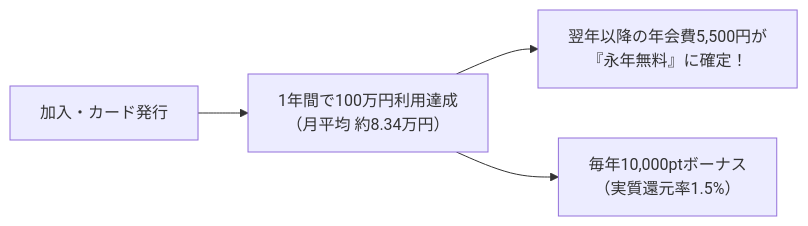
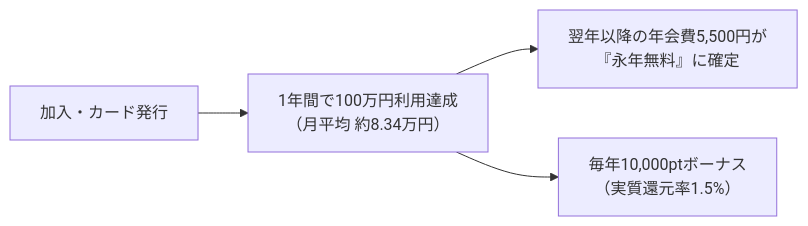
The diagram in content/posts/smbc-gold-100man-shugyo-guide.md (AGETARO/pr-king), drawn with Mermaid before and after one commit. The commit also changed other lines of this file and 23 other files, not shown here.

````diff
--- a/content/posts/smbc-gold-100man-shugyo-guide.md
+++ b/content/posts/smbc-gold-100man-shugyo-guide.md
@@ -43,6 +41,6 @@
 ```mermaid
 flowchart LR
     A["加入・カード発行"] --> B["1年間で100万円利用達成<br/>（月平均 約8.34万円）"]
-    B --> C["翌年以降の年会費5,500円が<br/>『永年無料』に確定！"]
+    B --> C["翌年以降の年会費5,500円が<br/>『永年無料』に確定"]
     B --> D["毎年10,000ptボーナス<br/>（実質還元率1.5%）"]
 ```
````
